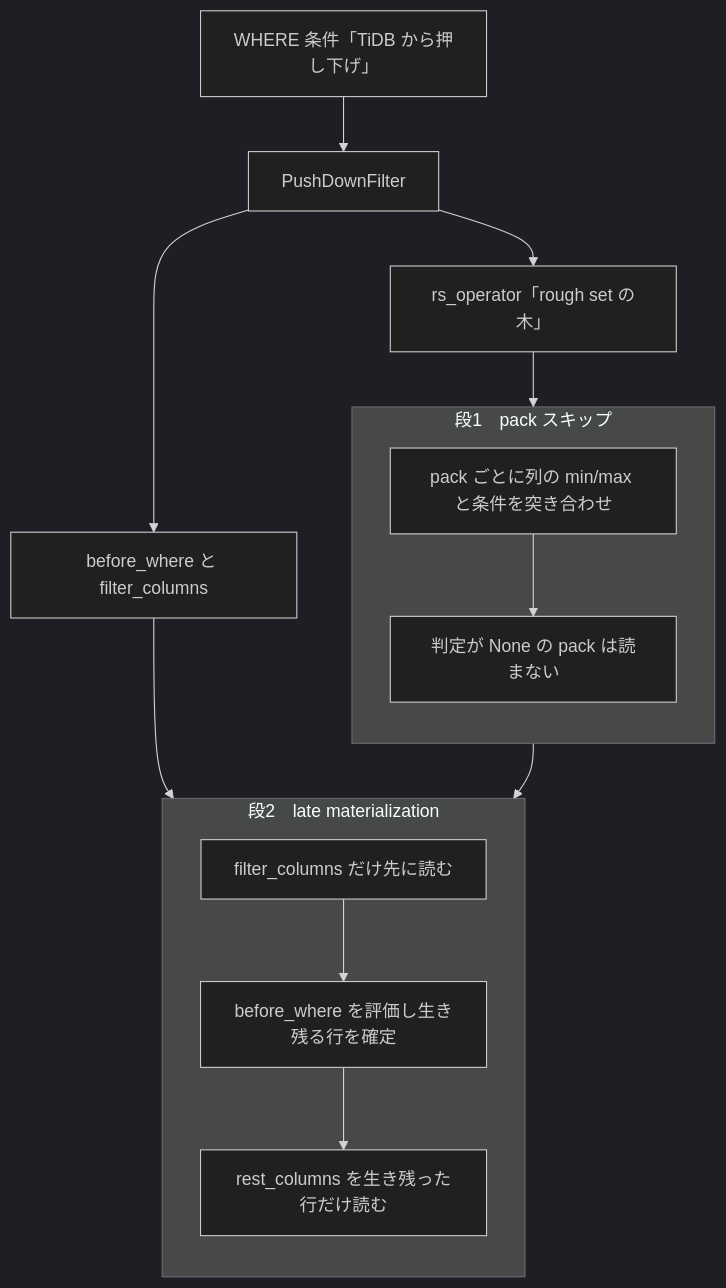
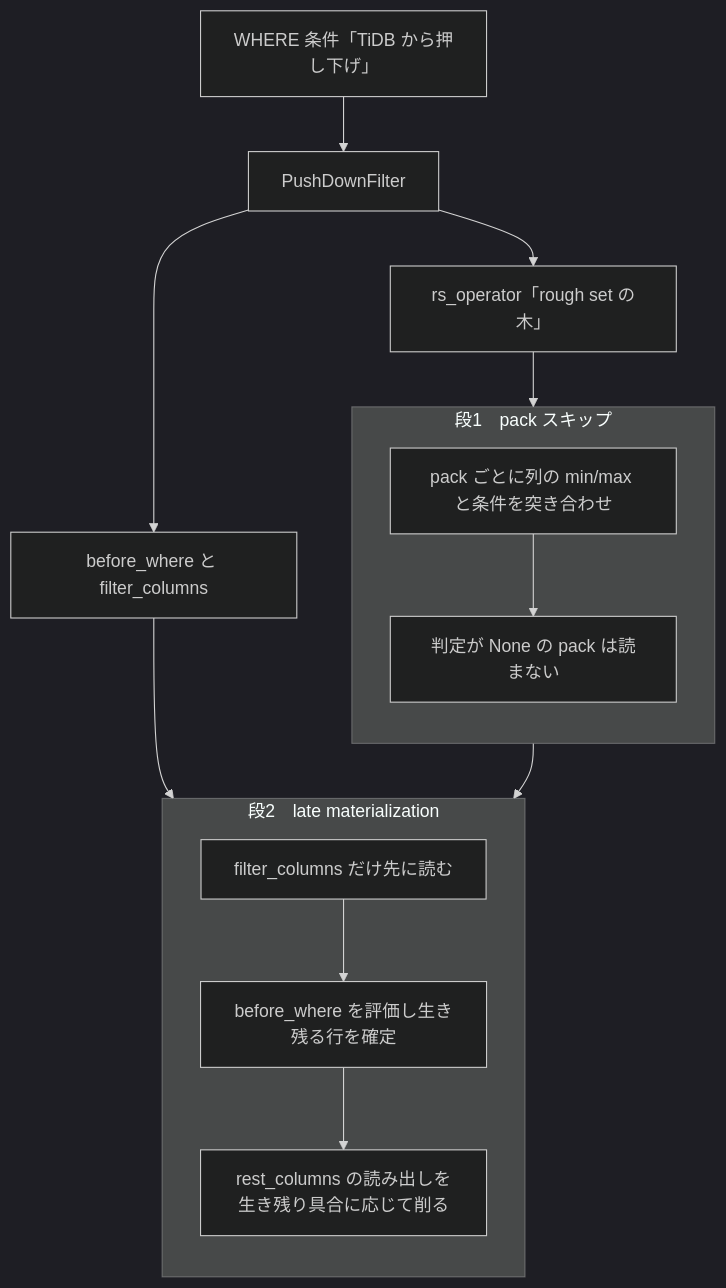
The diagram in tidb/tiflash/part05-ops/21-pushdown-and-late-materialization.md (miyamadoKL/source-code-reading), drawn with Mermaid (dark theme) before and after one commit. The commit also changed other lines of this file and 3 other files, not shown here.

````diff
--- a/tidb/tiflash/part05-ops/21-pushdown-and-late-materialization.md
+++ b/tidb/tiflash/part05-ops/21-pushdown-and-late-materialization.md
@@ -306,25 +306,25 @@
 ```mermaid
 flowchart TB
     q["WHERE 条件「TiDB から押し下げ」"] --> pf["PushDownFilter"]
     pf --> rs["rs_operator「rough set の木」"]
     pf --> bw["before_where と filter_columns"]
 
     subgraph s1["段1　pack スキップ"]
         direction TB
         chk["pack ごとに列の min/max と条件を突き合わせ"]
         skip["判定が None の pack は読まない"]
         chk --> skip
     end
 
     subgraph s2["段2　late materialization"]
         direction TB
         fc["filter_columns だけ先に読む"]
         ev["before_where を評価し生き残る行を確定"]
-        rest["rest_columns を生き残った行だけ読む"]
+        rest["rest_columns の読み出しを生き残り具合に応じて削る"]
         fc --> ev --> rest
     end
 
     rs --> chk
     bw --> fc
     skip --> fc
 ```
````
